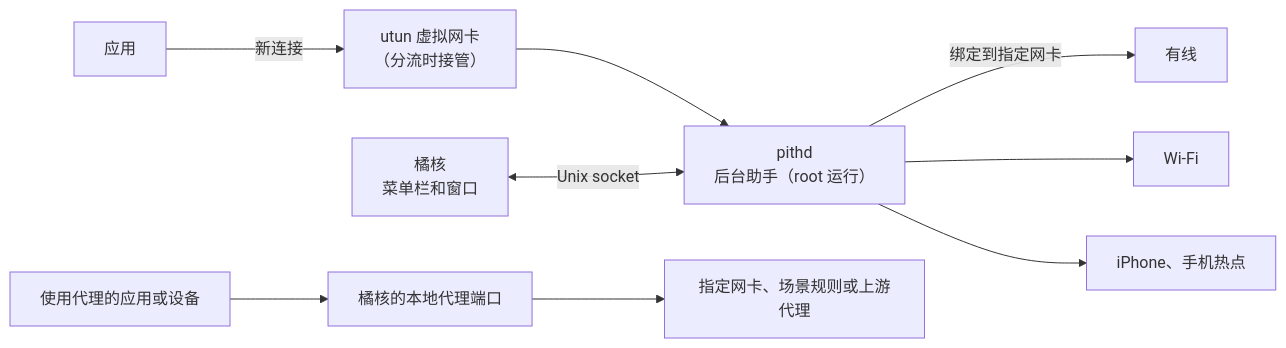
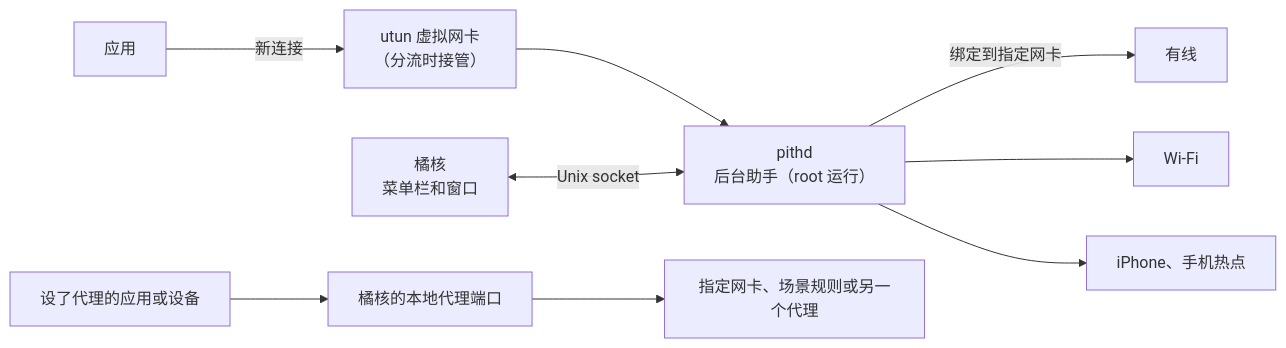
The diagram in README.zh-CN.md (Kel077/pith), drawn with Mermaid before and after one commit. The commit also changed other lines of this file and 1 other file, not shown here.

````diff
--- a/README.zh-CN.md
+++ b/README.zh-CN.md
@@ -61,11 +66,11 @@
 ```mermaid
 flowchart LR
   apps["应用"] -- 新连接 --> utun["utun 虚拟网卡<br/>（分流时接管）"]
   utun --> pithd["pithd<br/>后台助手（root 运行）"]
   pithd -- "绑定到指定网卡" --> eth["有线"]
   pithd --> wifi["Wi-Fi"]
   pithd --> phone["iPhone、手机热点"]
   app["橘核<br/>菜单栏和窗口"] <-- "Unix socket" --> pithd
-  browser["使用代理的应用或设备"] --> port["橘核的本地代理端口"]
-  port --> exit["指定网卡、场景规则或上游代理"]
+  browser["设了代理的应用或设备"] --> port["橘核的本地代理端口"]
+  port --> exit["指定网卡、场景规则或另一个代理"]
 ```
````
